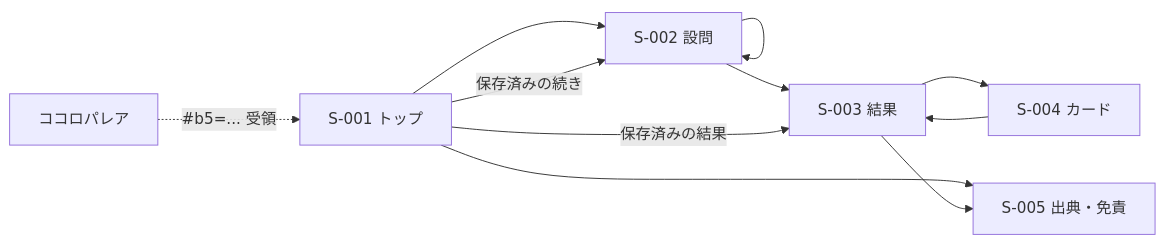
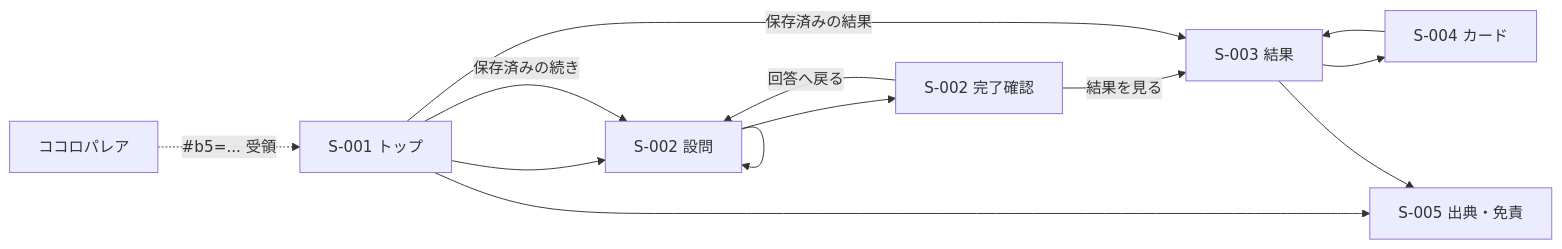
Before and after one commit to gerupon-lgtm/sigotosocket: the diagram in docs/screens.md, drawn with Mermaid. The commit also changed other lines of this file and 14 other files, not shown here.

Commit message:
feat: add explicit completion review flow

````diff
--- a/docs/screens.md
+++ b/docs/screens.md
@@ -62,13 +62,15 @@
 ```mermaid
 flowchart LR
   Top["S-001 トップ"] --> Q["S-002 設問"]
   Q --> Q
-  Q --> Result["S-003 結果"]
+  Q --> Review["S-002 完了確認"]
+  Review -->|回答へ戻る| Q
+  Review -->|結果を見る| Result["S-003 結果"]
   Result --> Card["S-004 カード"]
   Card --> Result
   Top --> About["S-005 出典・免責"]
   Result --> About
   Top -->|保存済みの続き| Q
   Top -->|保存済みの結果| Result
   KP["ココロパレア"] -.->|"#b5=... 受領"| Top
 ```
````
